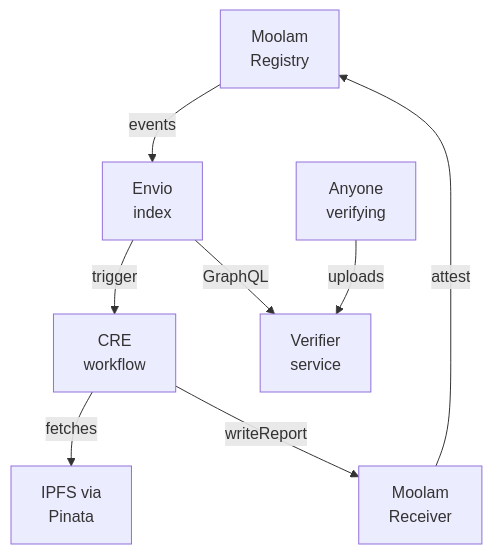
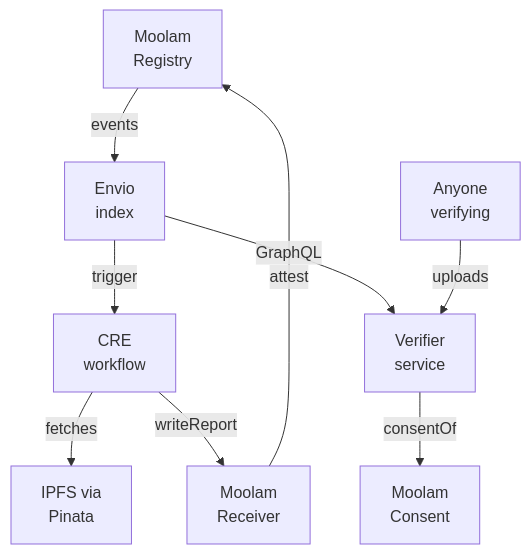
The third of 12 diagrams in docs/developers/architecture.md (ramakrishnanhulk20/Moolam), drawn with Mermaid before and after one commit. The commit also changed other lines of this file and 35 other files, not shown here.

````diff
--- a/docs/developers/architecture.md
+++ b/docs/developers/architecture.md
@@ -68,10 +77,11 @@
 ```mermaid phone "Half two: the independent re-check and the readers, off chain."
 flowchart TD
     R[Moolam<br/>Registry] -- events --> X[Envio<br/>index]
     X -- trigger --> W[CRE<br/>workflow]
     W -- fetches --> F[IPFS via<br/>Pinata]
     W -- writeReport --> RC[Moolam<br/>Receiver]
     RC -- attest --> R
     X -- GraphQL --> S[Verifier<br/>service]
+    S -- consentOf --> MC[Moolam<br/>Consent]
     V[Anyone<br/>verifying] -- uploads --> S
 ```
````
